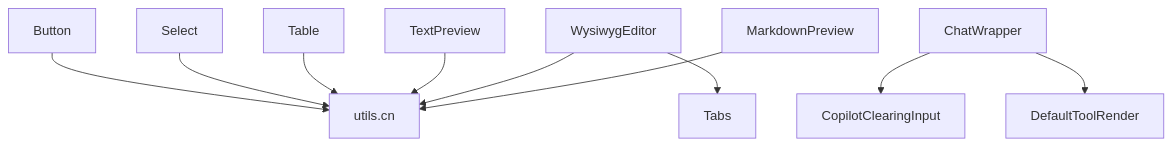
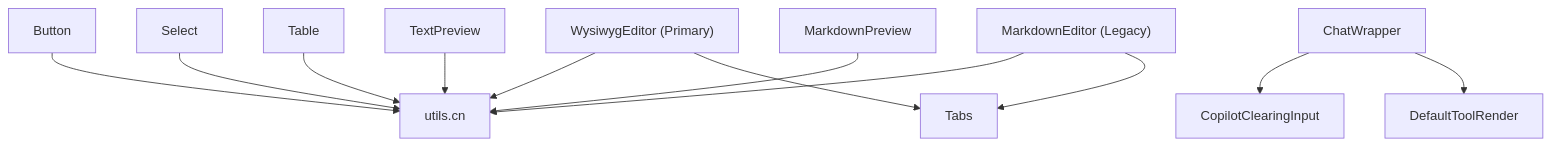
One commit to peixuanhu/goal-mate changed the second of 18 diagrams in .qoder/repowiki/en/content/UI Components/UI Components.md. Above: the diagram before and after it, drawn with Mermaid. The commit also changed other lines of this file and 10 other files, not shown here.

````diff
--- a/.qoder/repowiki/en/content/UI Components/UI Components.md
+++ b/.qoder/repowiki/en/content/UI Components/UI Components.md
@@ -234,23 +247,26 @@
 ```mermaid
 graph TB
 CN["utils.cn"]
 BTN["Button"]
 SEL["Select"]
 TAB["Table"]
 TXT["TextPreview"]
-WED["WysiwygEditor"]
+WED["WysiwygEditor (Primary)"]
+MED["MarkdownEditor (Legacy)"]
 MPV["MarkdownPreview"]
 TB["Tabs"]
 CHAT["ChatWrapper"]
 INPUT["CopilotClearingInput"]
 TOOL["DefaultToolRender"]
 BTN --> CN
 SEL --> CN
 TAB --> CN
 TXT --> CN
 WED --> CN
 WED --> TB
+MED --> CN
+MED --> TB
 MPV --> CN
 CHAT --> INPUT
 CHAT --> TOOL
 ```
````
